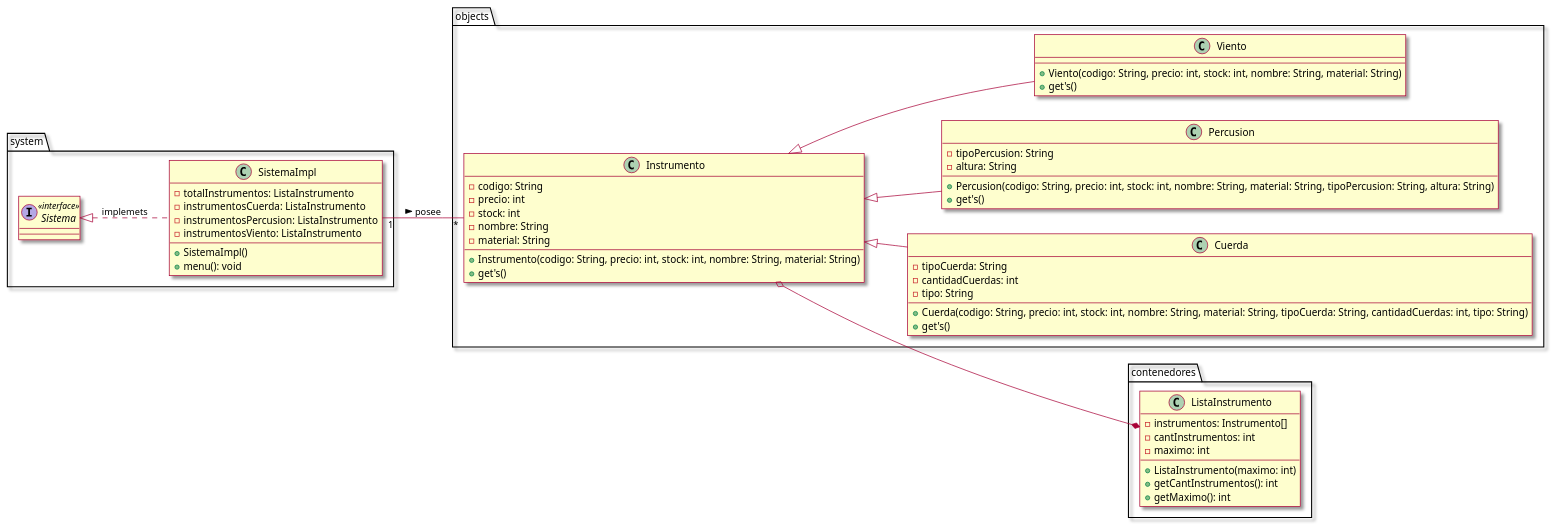
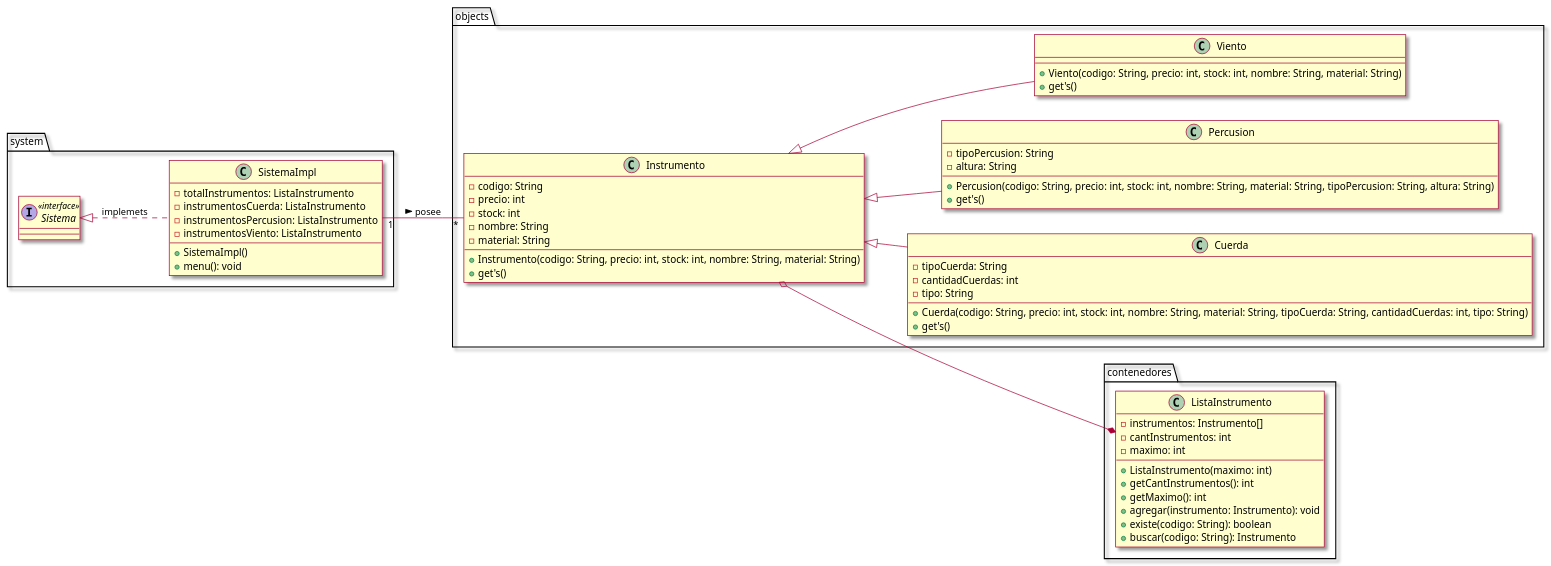
One commit to ProMDFK123/Taller3 changed the diagram in src/clase.puml. Above: the diagram before and after it, drawn with PlantUML. The commit also changed 4 other files, not shown here.

```diff
--- a/src/clase.puml
+++ b/src/clase.puml
@@ -1,75 +1,78 @@
 @startuml
 left to right direction
 skin rose
 
 package objects{
     Class Instrumento{
         -codigo: String
         -precio: int
         -stock: int
         -nombre: String
         -material: String
 
         +Instrumento(codigo: String, precio: int, stock: int, nombre: String, material: String)
         +get's()
     }
 
     Class Cuerda{
         -tipoCuerda: String
         -cantidadCuerdas: int
         -tipo: String
 
         +Cuerda(codigo: String, precio: int, stock: int, nombre: String, material: String, tipoCuerda: String, cantidadCuerdas: int, tipo: String)
         +get's()
     }
 
     Class Percusion{
         -tipoPercusion: String
         -altura: String
 
         +Percusion(codigo: String, precio: int, stock: int, nombre: String, material: String, tipoPercusion: String, altura: String)
         +get's()
 
     }
 
     Class Viento{
         +Viento(codigo: String, precio: int, stock: int, nombre: String, material: String)
         +get's()
     }
 }
 
 Instrumento^--Cuerda
 Instrumento^--Percusion
 Instrumento^--Viento
 
 package contenedores{
     Class ListaInstrumento{
         -instrumentos: Instrumento[]
         -cantInstrumentos: int
         -maximo: int
 
         +ListaInstrumento(maximo: int)
         +getCantInstrumentos(): int
         +getMaximo(): int
+        +agregar(instrumento: Instrumento): void
+        +existe(codigo: String): boolean
+        +buscar(codigo: String): Instrumento
     }
 }
 
 Instrumento o--* ListaInstrumento
 
 package system{
     interface Sistema <<interface>>{}
 
     Class SistemaImpl{
         -totalInstrumentos: ListaInstrumento
         -instrumentosCuerda: ListaInstrumento
         -instrumentosPercusion: ListaInstrumento
         -instrumentosViento: ListaInstrumento
 
         +SistemaImpl()
         +menu(): void
     }
 }
 
 Sistema^..SistemaImpl: implemets
 SistemaImpl"1"--"*"Instrumento:  posee >
 @enduml
```
